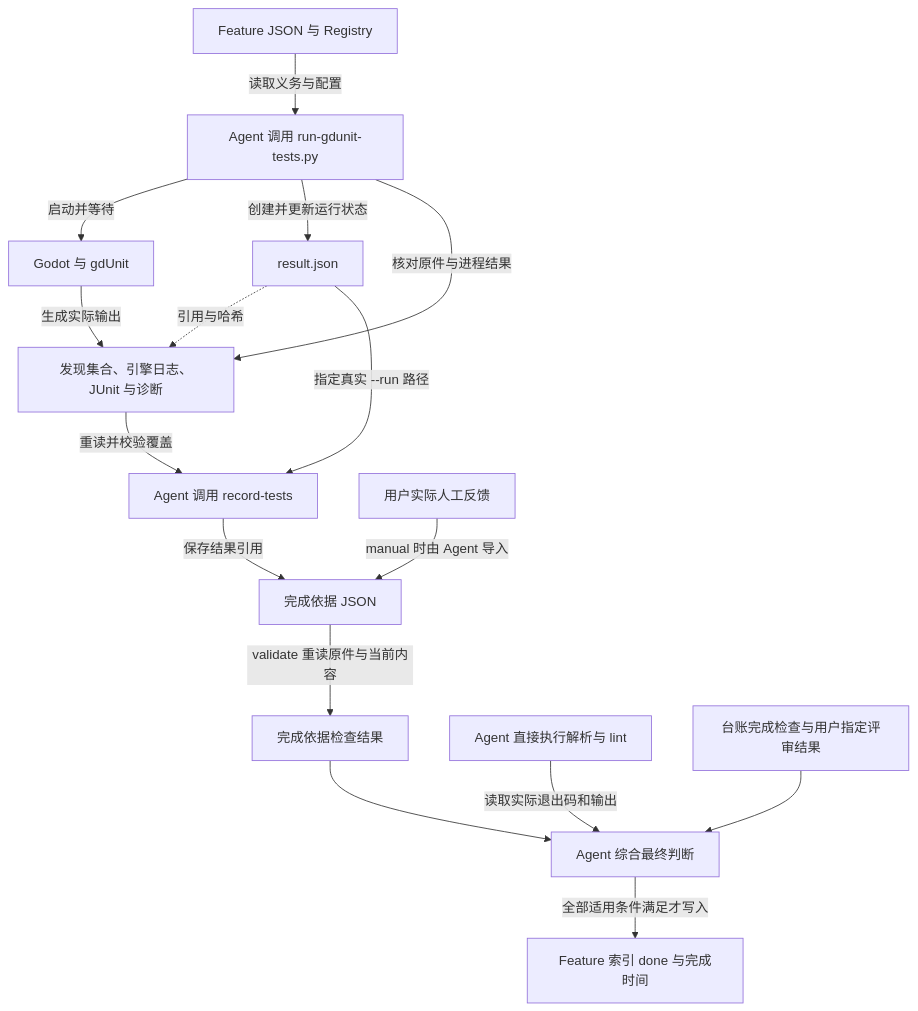
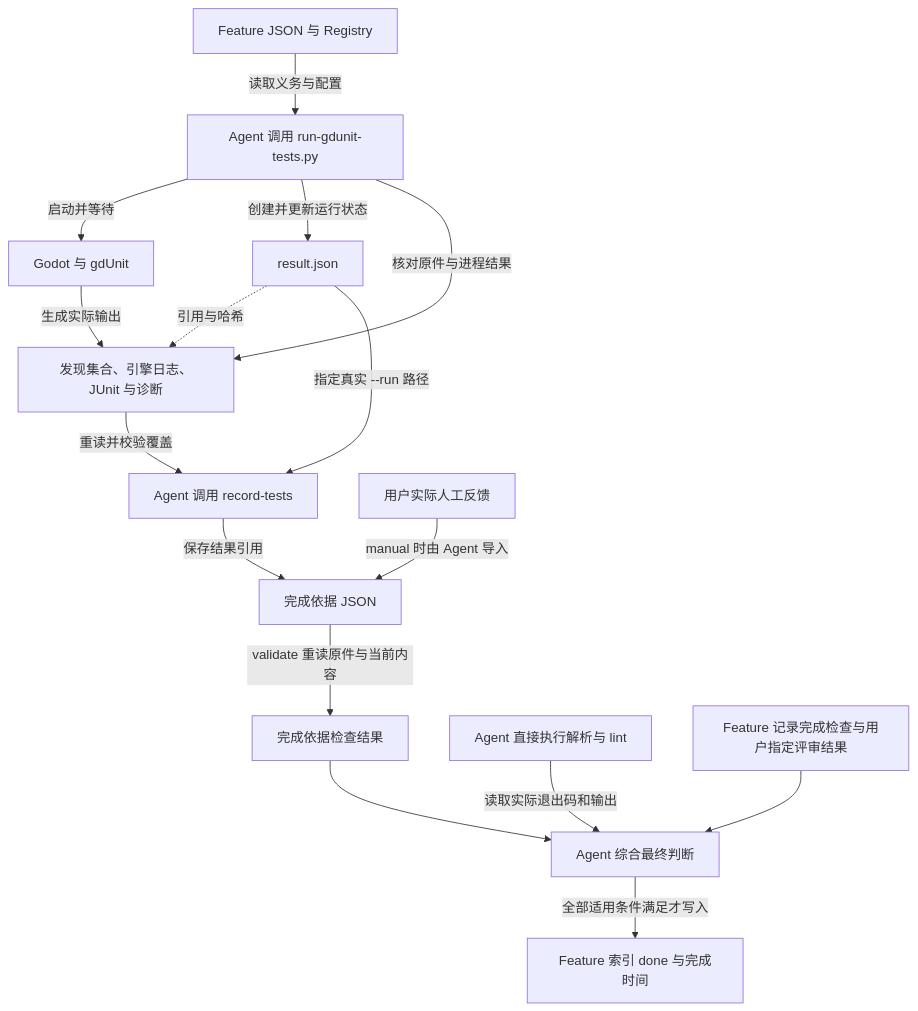
One commit to yxy823/Game_idle_yaya_frame changed the diagram in framework/godot-project-manual/methods-and-tools/commands-and-evidence.md. Above: the diagram before and after it, drawn with Mermaid. The commit also changed other lines of this file and 68 other files, not shown here.

````diff
--- a/framework/godot-project-manual/methods-and-tools/commands-and-evidence.md
+++ b/framework/godot-project-manual/methods-and-tools/commands-and-evidence.md
@@ -183,18 +183,18 @@
 ```mermaid
 flowchart TD
     F[Feature JSON 与 Registry] -->|读取义务与配置| R[Agent 调用 run-gdunit-tests.py]
     R -->|启动并等待| G[Godot 与 gdUnit]
     R -->|创建并更新运行状态| J[result.json]
     G -->|生成实际输出| O[发现集合、引擎日志、JUnit 与诊断]
     R -->|核对原件与进程结果| O
     J -.->|引用与哈希| O
     J -->|指定真实 --run 路径| T[Agent 调用 record-tests]
     O -->|重读并校验覆盖| T
     T -->|保存结果引用| E[完成依据 JSON]
     U[用户实际人工反馈] -->|manual 时由 Agent 导入| E
     E -->|validate 重读原件与当前内容| C[完成依据检查结果]
     A[Agent 直接执行解析与 lint] -->|读取实际退出码和输出| D[Agent 综合最终判断]
     C --> D
-    V[台账完成检查与用户指定评审结果] --> D
+    V[Feature 记录完成检查与用户指定评审结果] --> D
     D -->|全部适用条件满足才写入| S[Feature 索引 done 与完成时间]
 ```
````
